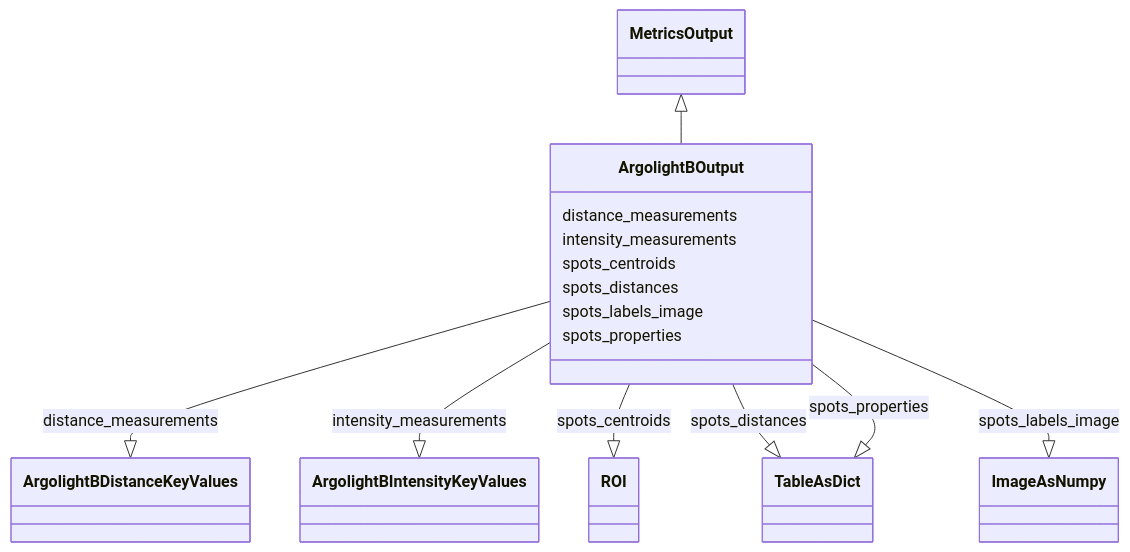
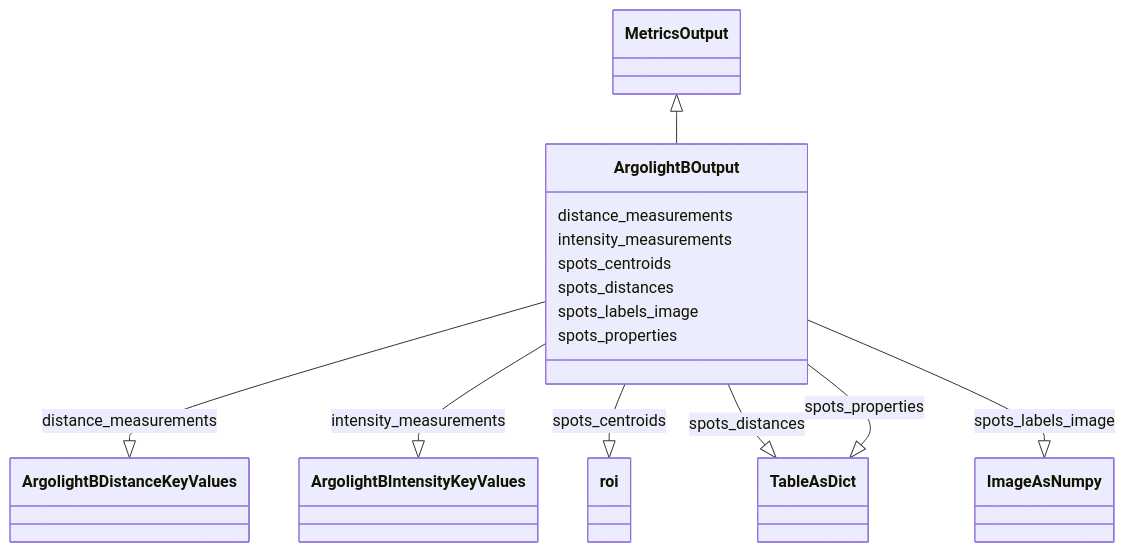
One commit to juliomateoslangerak/microscope-metrics changed the diagram in docs/schema/samples/ArgolightBOutput.md. Above: the diagram before and after it, drawn with Mermaid. The commit also changed other lines of this file and 193 other files, not shown here.

Commit message:
Minor updates to the schema - ROI is lowercase - More descriptions

````diff
--- a/docs/schema/samples/ArgolightBOutput.md
+++ b/docs/schema/samples/ArgolightBOutput.md
@@ -10,31 +10,31 @@
 ```mermaid
  classDiagram
     class ArgolightBOutput
       MetricsOutput <|-- ArgolightBOutput
       
       ArgolightBOutput : distance_measurements
         
           ArgolightBOutput --|> ArgolightBDistanceKeyValues : distance_measurements
         
       ArgolightBOutput : intensity_measurements
         
           ArgolightBOutput --|> ArgolightBIntensityKeyValues : intensity_measurements
         
       ArgolightBOutput : spots_centroids
         
-          ArgolightBOutput --|> ROI : spots_centroids
+          ArgolightBOutput --|> roi : spots_centroids
         
       ArgolightBOutput : spots_distances
         
           ArgolightBOutput --|> TableAsDict : spots_distances
         
       ArgolightBOutput : spots_labels_image
         
           ArgolightBOutput --|> ImageAsNumpy : spots_labels_image
         
       ArgolightBOutput : spots_properties
         
           ArgolightBOutput --|> TableAsDict : spots_properties
         
       
 ```
````
